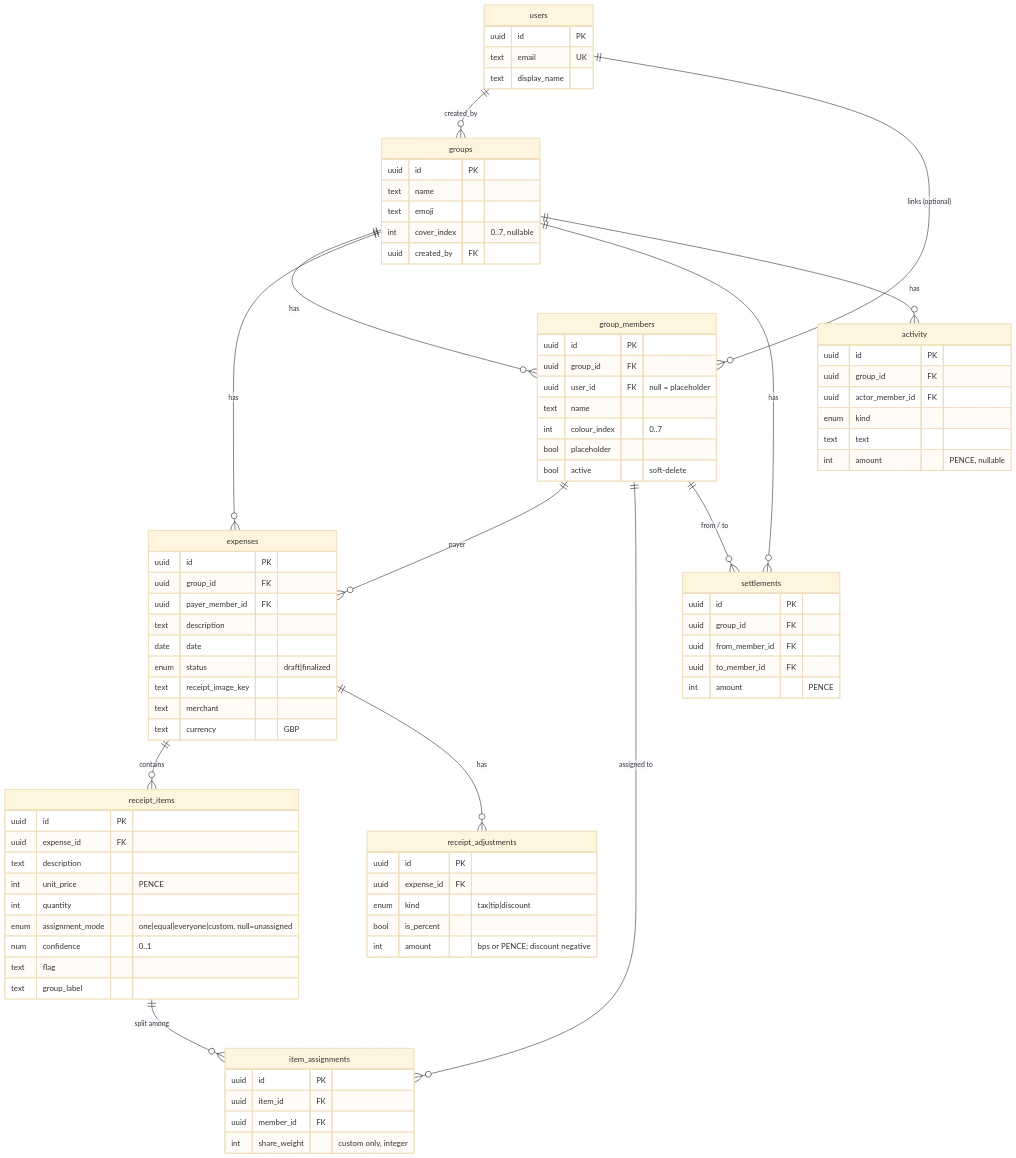
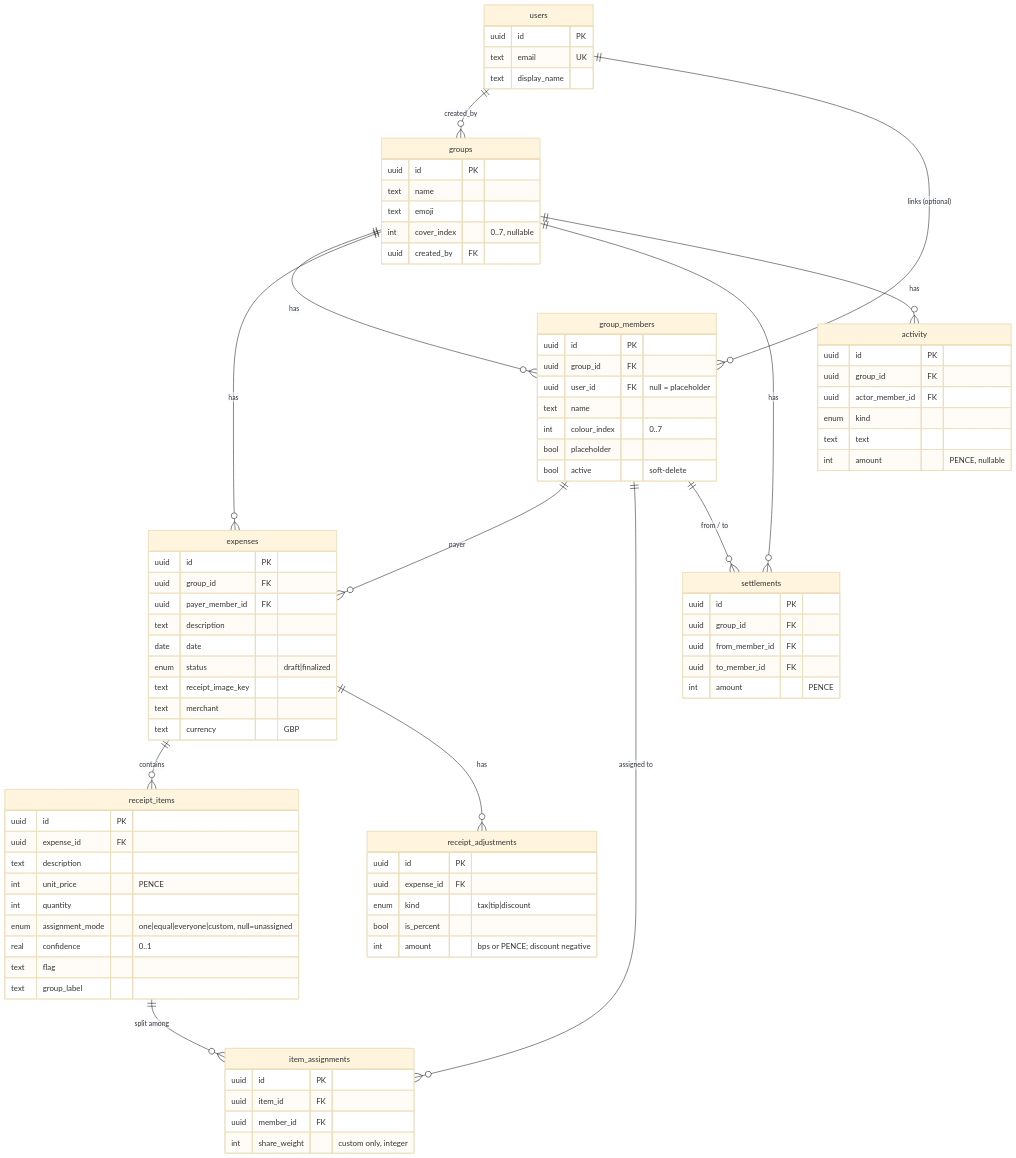
The second of 2 diagrams in .kiro/specs/data-and-persistence/design.md (Evans-Software-Solutions-Limited/divvy-up), drawn with Mermaid (base theme) before and after one commit. The commit also changed other lines of this file and 11 other files, not shown here.

```diff
--- a/.kiro/specs/data-and-persistence/design.md
+++ b/.kiro/specs/data-and-persistence/design.md
@@ -531,7 +533,7 @@
     int  unit_price "PENCE"
     int  quantity
     enum assignment_mode "one|equal|everyone|custom, null=unassigned"
-    num  confidence "0..1"
+    real confidence "0..1"
     text flag
     text group_label
   }
```
